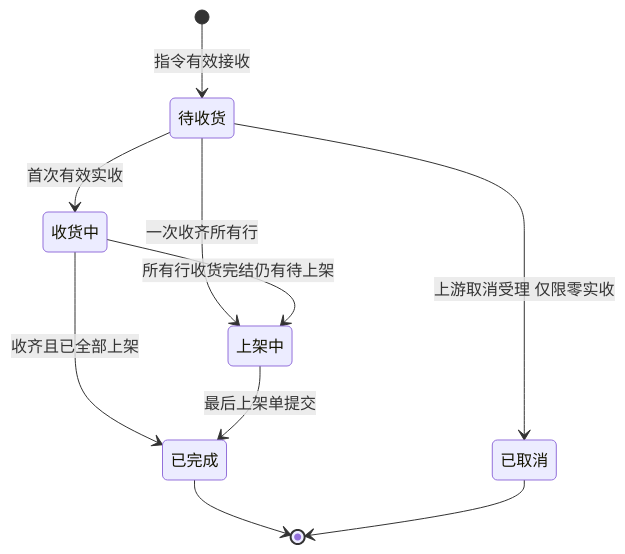
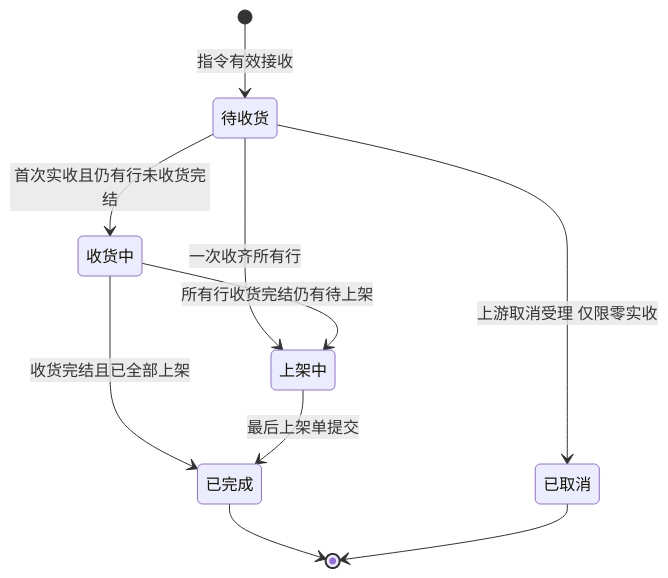
One commit to TopVitamin/QS-WMS-Project changed the first of 5 diagrams in 05-应用设计方案/20261002-MVP版本/系统架构设计/03-单据与状态流转.md. Above: the diagram before and after it, drawn with Mermaid. The commit also changed other lines of this file and 139 other files, not shown here.

````diff
--- a/05-应用设计方案/20261002-MVP版本/系统架构设计/03-单据与状态流转.md
+++ b/05-应用设计方案/20261002-MVP版本/系统架构设计/03-单据与状态流转.md
@@ -47,12 +48,12 @@
 ```mermaid
 stateDiagram-v2
     [*] --> 待收货: 指令有效接收
-    待收货 --> 收货中: 首次有效实收
+    待收货 --> 收货中: 首次实收且仍有行未收货完结
     待收货 --> 上架中: 一次收齐所有行
     收货中 --> 上架中: 所有行收货完结仍有待上架
-    收货中 --> 已完成: 收齐且已全部上架
+    收货中 --> 已完成: 收货完结且已全部上架
     上架中 --> 已完成: 最后上架单提交
     待收货 --> 已取消: 上游取消受理 仅限零实收
     已完成 --> [*]
     已取消 --> [*]
 ```
````
